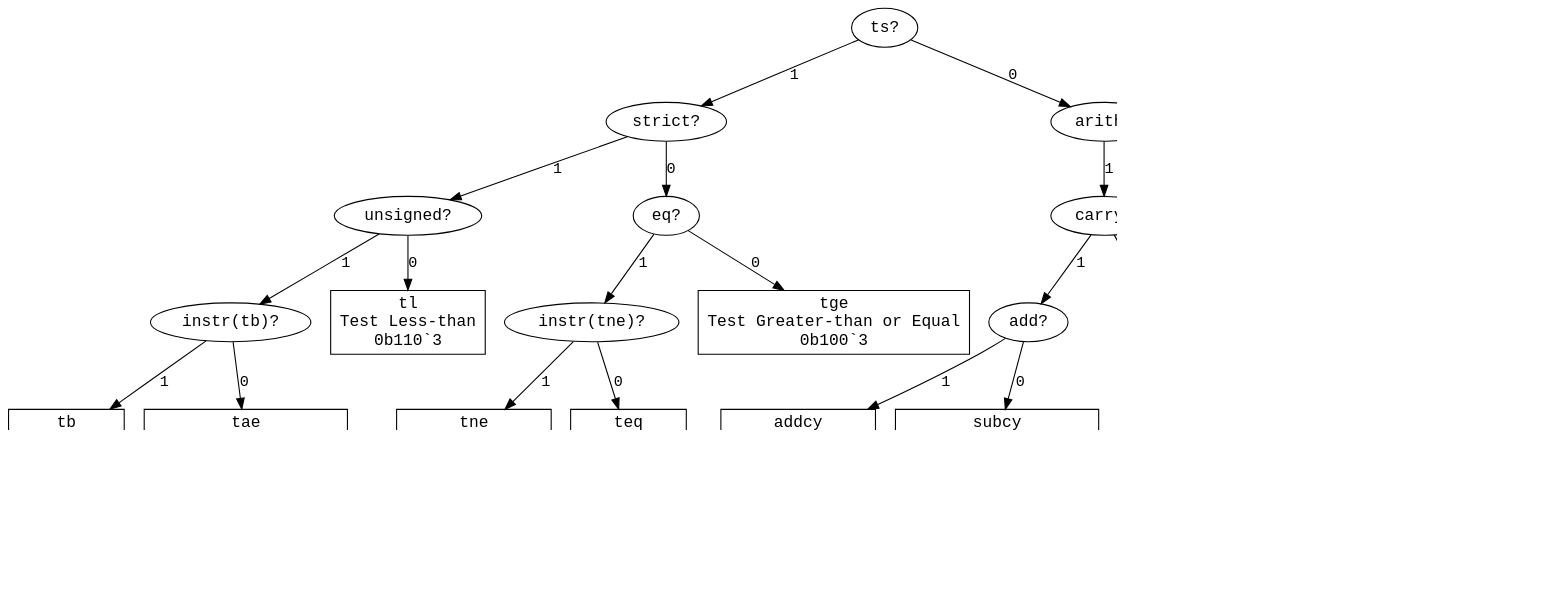
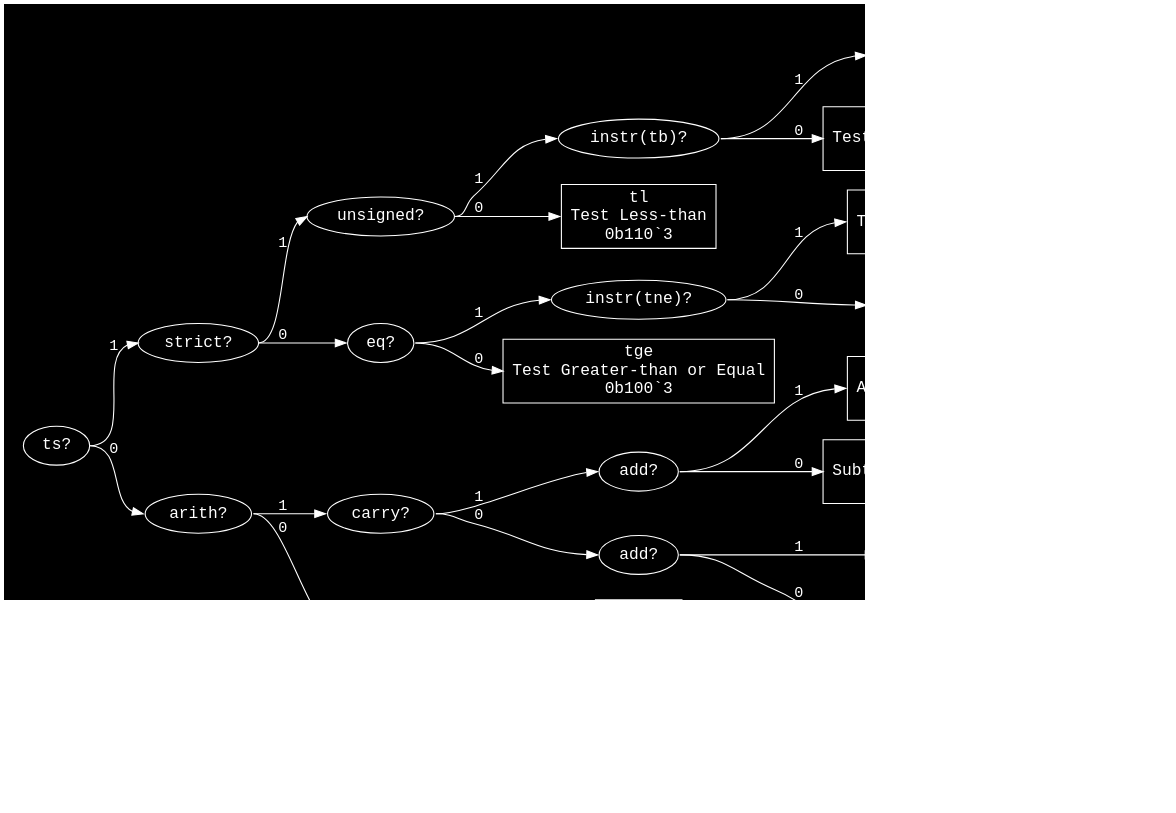
Before and after one commit to eignnx/SPRIND: the diagram in assets/graphs/rr(_).dot, drawn with Graphviz. The commit also changed 18 other files, not shown here.

```diff
--- a/assets/graphs/rr(_).dot
+++ b/assets/graphs/rr(_).dot
@@ -1,58 +1,58 @@
 digraph "Format rr(_)" {
-  graph [dpi = 100, bgcolor="white"];
-  node [fontname = "Courier", fontsize="15pt"];
-  edge [fontname = "Courier"];
+  graph [dpi = 100, bgcolor="#111", fontcolor="white", rankdir=LR, pad="0.25"];
+  node [fontname = "Courier", fontsize="15pt", color="white", fontcolor="white"];
+  edge [fontname = "Courier", color="white", fontcolor="white"];
   "ts_15468535" [label = "ts?", shape = ellipse];
-  "ts_15468535" -> "strict_555480" [label = "1"];
-  "ts_15468535" -> "arith_11854115" [label = "0"];
+  "ts_15468535":e -> "strict_555480":w [label = "1"];
+  "ts_15468535":e -> "arith_11854115":w [label = "0"];
   "strict_555480" [label = "strict?", shape = ellipse];
-  "strict_555480" -> "unsigned_15854941" [label = "1"];
-  "strict_555480" -> "eq_13984211" [label = "0"];
+  "strict_555480":e -> "unsigned_15854941":w [label = "1"];
+  "strict_555480":e -> "eq_13984211":w [label = "0"];
   "unsigned_15854941" [label = "unsigned?", shape = ellipse];
-  "unsigned_15854941" -> "instr(tb)_6620893" [label = "1"];
-  "unsigned_15854941" -> "tl_8913108" [label = "0"];
+  "unsigned_15854941":e -> "instr(tb)_6620893":w [label = "1"];
+  "unsigned_15854941":e -> "tl_8913108":w [label = "0"];
   "instr(tb)_6620893" [label = "instr(tb)?", shape = ellipse];
-  "instr(tb)_6620893" -> "tb_7020844" [label = "1"];
-  "instr(tb)_6620893" -> "tae_6900673" [label = "0"];
+  "instr(tb)_6620893":e -> "tb_7020844":w [label = "1"];
+  "instr(tb)_6620893":e -> "tae_6900673":w [label = "0"];
   "tb_7020844" [label = "tb\nTest Below\n0b1111`4", shape = rectangle];
   "tae_6900673" [label = "tae\nTest Above or Equal\n0b1110`4", shape = rectangle];
   "tl_8913108" [label = "tl\nTest Less-than\n0b110`3", shape = rectangle];
   "eq_13984211" [label = "eq?", shape = ellipse];
-  "eq_13984211" -> "instr(tne)_15436207" [label = "1"];
-  "eq_13984211" -> "tge_289938" [label = "0"];
+  "eq_13984211":e -> "instr(tne)_15436207":w [label = "1"];
+  "eq_13984211":e -> "tge_289938":w [label = "0"];
   "instr(tne)_15436207" [label = "instr(tne)?", shape = ellipse];
-  "instr(tne)_15436207" -> "tne_9691690" [label = "1"];
-  "instr(tne)_15436207" -> "teq_6366130" [label = "0"];
+  "instr(tne)_15436207":e -> "tne_9691690":w [label = "1"];
+  "instr(tne)_15436207":e -> "teq_6366130":w [label = "0"];
   "tne_9691690" [label = "tne\nTest Not Equal\n0b1011`4", shape = rectangle];
   "teq_6366130" [label = "teq\nTest Equal\n0b1010`4", shape = rectangle];
   "tge_289938" [label = "tge\nTest Greater-than or Equal\n0b100`3", shape = rectangle];
   "arith_11854115" [label = "arith?", shape = ellipse];
-  "arith_11854115" -> "carry_8195802" [label = "1"];
-  "arith_11854115" -> "xor_2619008" [label = "0"];
+  "arith_11854115":e -> "carry_8195802":w [label = "1"];
+  "arith_11854115":e -> "xor_2619008":w [label = "0"];
   "carry_8195802" [label = "carry?", shape = ellipse];
-  "carry_8195802" -> "add_1627692" [label = "1"];
-  "carry_8195802" -> "add_1118135" [label = "0"];
+  "carry_8195802":e -> "add_1627692":w [label = "1"];
+  "carry_8195802":e -> "add_1118135":w [label = "0"];
   "add_1627692" [label = "add?", shape = ellipse];
-  "add_1627692" -> "addcy_9991314" [label = "1"];
-  "add_1627692" -> "subcy_4746204" [label = "0"];
+  "add_1627692":e -> "addcy_9991314":w [label = "1"];
+  "add_1627692":e -> "subcy_4746204":w [label = "0"];
   "addcy_9991314" [label = "addcy\nAdd with Carry\n0b0111`4", shape = rectangle];
   "subcy_4746204" [label = "subcy\nSubtract with Carry\n0b0110`4", shape = rectangle];
   "add_1118135" [label = "add?", shape = ellipse];
-  "add_1118135" -> "add_13179919" [label = "1"];
-  "add_1118135" -> "sub_2133549" [label = "0"];
+  "add_1118135":e -> "add_13179919":w [label = "1"];
+  "add_1118135":e -> "sub_2133549":w [label = "0"];
   "add_13179919" [label = "add\nAdd\n0b0101`4", shape = rectangle];
   "sub_2133549" [label = "sub\nSubtract\n0b0100`4", shape = rectangle];
   "xor_2619008" [label = "xor?", shape = ellipse];
-  "xor_2619008" -> "xor_16442135" [label = "1"];
-  "xor_2619008" -> "logical_6897678" [label = "0"];
+  "xor_2619008":e -> "xor_16442135":w [label = "1"];
+  "xor_2619008":e -> "logical_6897678":w [label = "0"];
   "xor_16442135" [label = "xor\nXOR\n0b001`3", shape = rectangle];
   "logical_6897678" [label = "logical?", shape = ellipse];
-  "logical_6897678" -> "and_9224350" [label = "1"];
-  "logical_6897678" -> "mov_8131765" [label = "0"];
+  "logical_6897678":e -> "and_9224350":w [label = "1"];
+  "logical_6897678":e -> "mov_8131765":w [label = "0"];
   "and_9224350" [label = "and?", shape = ellipse];
-  "and_9224350" -> "and_14333479" [label = "1"];
-  "and_9224350" -> "or_13437499" [label = "0"];
+  "and_9224350":e -> "and_14333479":w [label = "1"];
+  "and_9224350":e -> "or_13437499":w [label = "0"];
   "and_14333479" [label = "and\nAND\n0b00011`5", shape = rectangle];
   "or_13437499" [label = "or\nOR\n0b00010`5", shape = rectangle];
   "mov_8131765" [label = "mov\nMove\n0b0000`4", shape = rectangle];
 }
```
